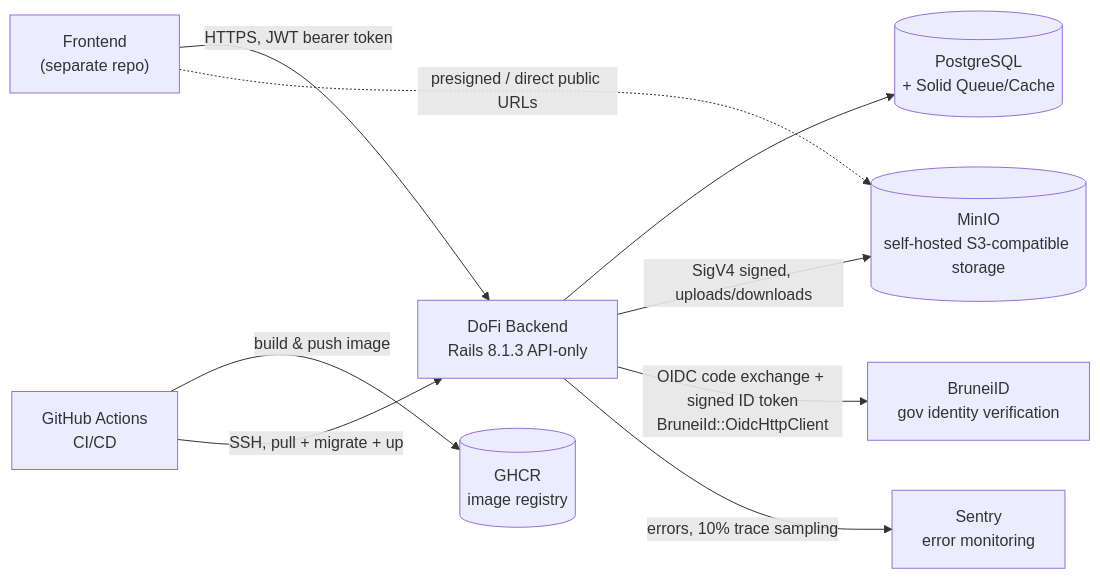
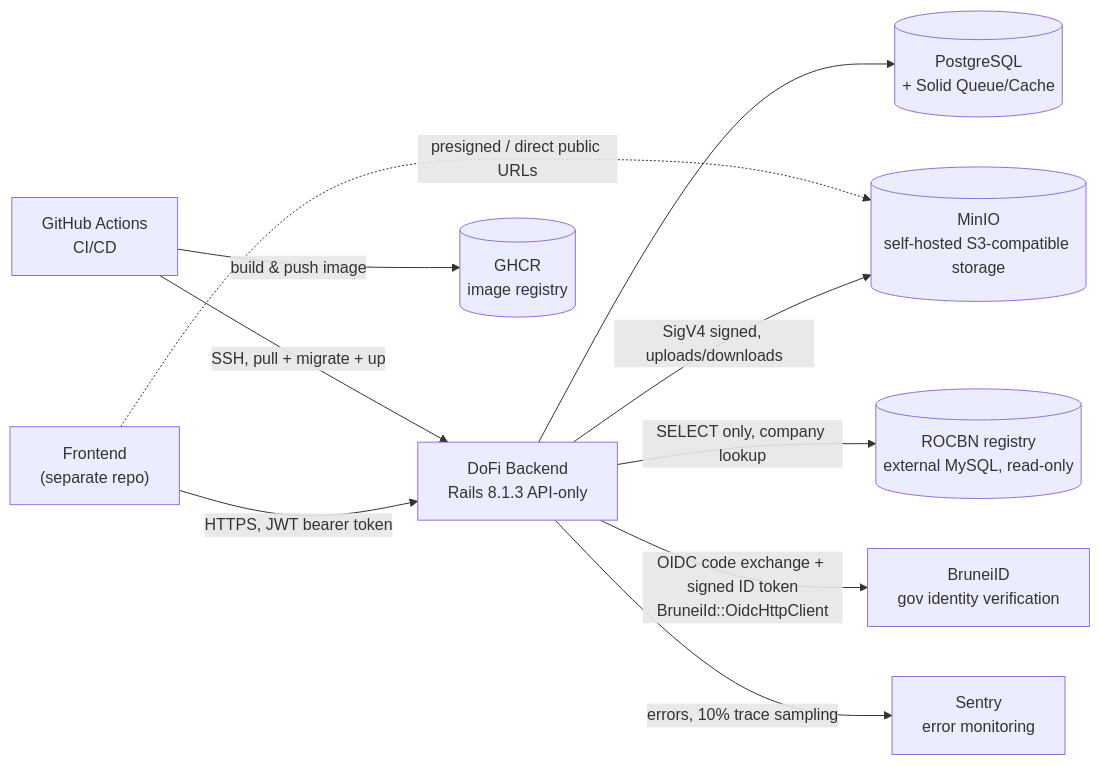
Before and after one commit to arya020595/st_dofi_backend: the first of 7 diagrams in docs/ARCHITECTURE.md, drawn with Mermaid. The commit also changed other lines of this file and 65 other files, not shown here.

First line of the commit message:
feat: add read-only ROCBN company lookup backed by an external MySQL

````diff
--- a/docs/ARCHITECTURE.md
+++ b/docs/ARCHITECTURE.md
@@ -33,20 +33,22 @@
 ```mermaid
 graph LR
     FE["Frontend<br/>(separate repo)"]
     API["DoFi Backend<br/>Rails 8.1.3 API-only"]
     DB[("PostgreSQL<br/>+ Solid Queue/Cache")]
+    REG[("ROCBN registry<br/>external MySQL, read-only")]
     MINIO[("MinIO<br/>self-hosted S3-compatible storage")]
     BID["BruneiID<br/>gov identity verification"]
     SENTRY["Sentry<br/>error monitoring"]
     GH["GitHub Actions<br/>CI/CD"]
     GHCR[("GHCR<br/>image registry")]
 
     FE -->|HTTPS, JWT bearer token| API
     API --> DB
+    API -->|"SELECT only, company lookup"| REG
     API -->|SigV4 signed, uploads/downloads| MINIO
     FE -.->|presigned / direct public URLs| MINIO
     API -->|OIDC code exchange + signed ID token<br/>BruneiId::OidcHttpClient| BID
     API -->|errors, 10% trace sampling| SENTRY
     GH -->|build & push image| GHCR
     GH -->|SSH, pull + migrate + up| API
 ```
````
